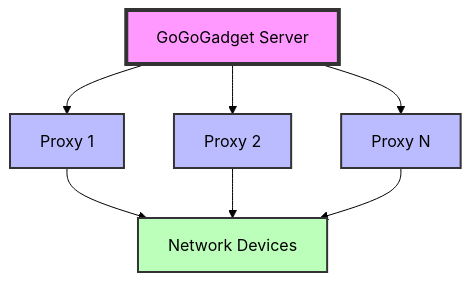
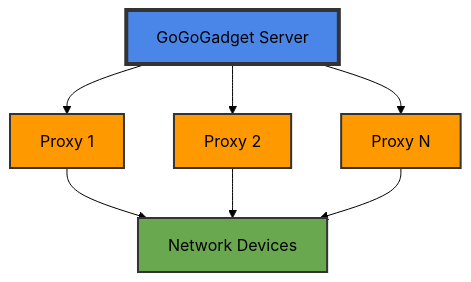
One commit to XRP-Dad/go-go-gadget-umbrella changed the first of 4 diagrams in README.md. Above: the diagram before and after it, drawn with Mermaid (forest theme).

````diff
--- a/README.md
+++ b/README.md
@@ -13,14 +13,14 @@
 ```mermaid
 graph TD
     A[GoGoGadget Server] --> B[Proxy 1]
     A --> C[Proxy 2]
     A --> D[Proxy N]
     B --> E[Network Devices]
     C --> E
     D --> E
-    style A fill:#f9f,stroke:#333,stroke-width:4px
-    style B fill:#bbf,stroke:#333,stroke-width:2px
-    style C fill:#bbf,stroke:#333,stroke-width:2px
-    style D fill:#bbf,stroke:#333,stroke-width:2px
-    style E fill:#bfb,stroke:#333,stroke-width:2px
+    style A fill:#4a86e8,stroke:#333,stroke-width:4px
+    style B fill:#ff9900,stroke:#333,stroke-width:2px
+    style C fill:#ff9900,stroke:#333,stroke-width:2px
+    style D fill:#ff9900,stroke:#333,stroke-width:2px
+    style E fill:#6aa84f,stroke:#333,stroke-width:2px
 ```
````
